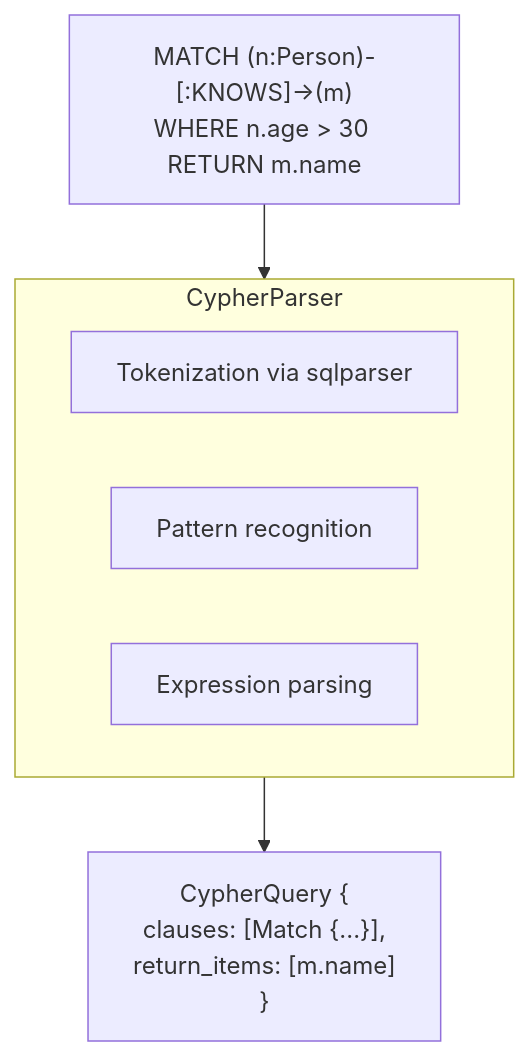
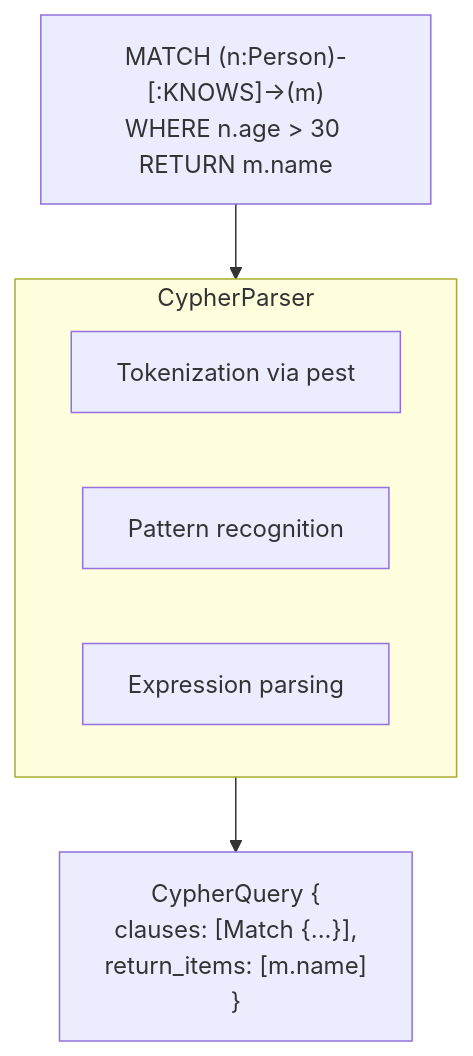
The second of 6 diagrams in website/docs/concepts/architecture.md (milliondreams/uni-db), drawn with Mermaid before and after one commit. The commit also changed other lines of this file and 77 other files, not shown here.

````diff
--- a/website/docs/concepts/architecture.md
+++ b/website/docs/concepts/architecture.md
@@ -149,15 +149,15 @@
 ```mermaid
 flowchart TB
     Input["MATCH (n:Person)-[:KNOWS]->(m)<br/>WHERE n.age > 30 RETURN m.name"]
 
     subgraph Parser["CypherParser"]
-        T[Tokenization via sqlparser]
+        T[Tokenization via pest]
         P[Pattern recognition]
         E[Expression parsing]
     end
 
     Output["CypherQuery {<br/>  clauses: [Match {...}],<br/>  return_items: [m.name]<br/>}"]
 
     Input --> Parser
     Parser --> Output
 ```
````
